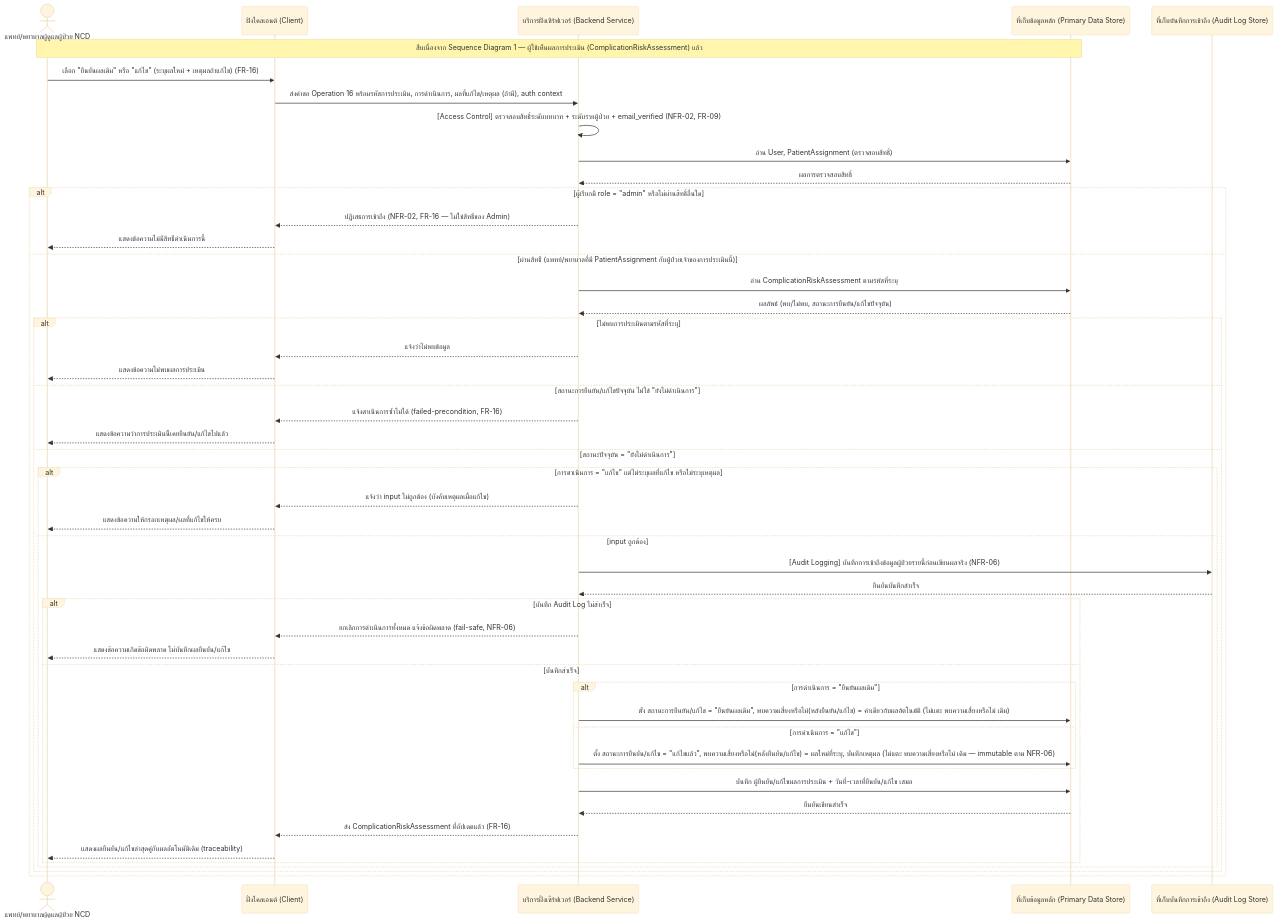
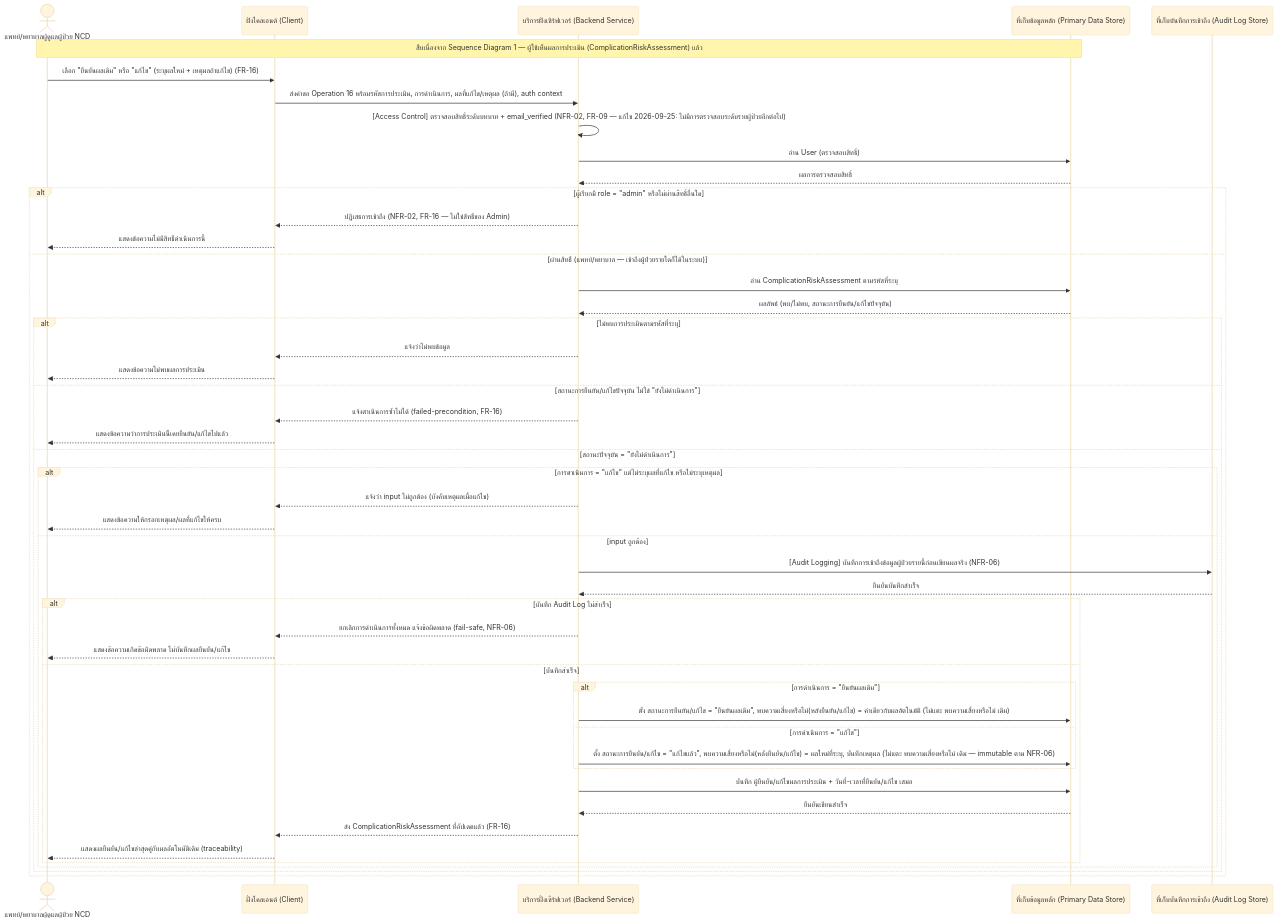
One commit to fadtypat/track-ncds changed the second of 4 diagrams in docs/02-design/02-technical/detailed-design/complication-risk-analysis-alert.md. Above: the diagram before and after it, drawn with Mermaid (base theme). The commit also changed other lines of this file and 19 other files, not shown here.

First line of the commit message:
Sync technical and test docs with FR-17/NFR-21 and the assignment removal

````diff
--- a/docs/02-design/02-technical/detailed-design/complication-risk-analysis-alert.md
+++ b/docs/02-design/02-technical/detailed-design/complication-risk-analysis-alert.md
@@ -140,52 +142,52 @@
 ```mermaid
 sequenceDiagram
     actor User as แพทย์/พยาบาลผู้ดูแลผู้ป่วย NCD
     participant Client as ฝั่งไคลเอนต์ (Client)
     participant Backend as บริการฝั่งเซิร์ฟเวอร์ (Backend Service)
     participant Store as ที่เก็บข้อมูลหลัก (Primary Data Store)
     participant AuditStore as ที่เก็บบันทึกการเข้าถึง (Audit Log Store)
 
     Note over User,Store: สืบเนื่องจาก Sequence Diagram 1 — ผู้ใช้เห็นผลการประเมิน (ComplicationRiskAssessment) แล้ว
 
     User->>Client: เลือก "ยืนยันผลเดิม" หรือ "แก้ไข" (ระบุผลใหม่ + เหตุผลถ้าแก้ไข) (FR-16)
     Client->>Backend: ส่งคำขอ Operation 16 พร้อมรหัสการประเมิน, การดำเนินการ, ผลที่แก้ไข/เหตุผล (ถ้ามี), auth context
-    Backend->>Backend: [Access Control] ตรวจสอบสิทธิ์ระดับบทบาท + ระดับรายผู้ป่วย + email_verified (NFR-02, FR-09)
-    Backend->>Store: อ่าน User, PatientAssignment (ตรวจสอบสิทธิ์)
+    Backend->>Backend: [Access Control] ตรวจสอบสิทธิ์ระดับบทบาท + email_verified (NFR-02, FR-09 — แก้ไข 2026-09-25: ไม่มีการตรวจสอบระดับรายผู้ป่วยอีกต่อไป)
+    Backend->>Store: อ่าน User (ตรวจสอบสิทธิ์)
     Store-->>Backend: ผลการตรวจสอบสิทธิ์
     alt ผู้เรียกมี role = "admin" หรือไม่ผ่านสิทธิ์อื่นใด
         Backend-->>Client: ปฏิเสธการเข้าถึง (NFR-02, FR-16 — ไม่ใช่สิทธิ์ของ Admin)
         Client-->>User: แสดงข้อความไม่มีสิทธิ์ดำเนินการนี้
-    else ผ่านสิทธิ์ (แพทย์/พยาบาลที่มี PatientAssignment กับผู้ป่วยเจ้าของการประเมินนี้)
+    else ผ่านสิทธิ์ (แพทย์/พยาบาล — เข้าถึงผู้ป่วยรายใดก็ได้ในระบบ)
         Backend->>Store: อ่าน ComplicationRiskAssessment ตามรหัสที่ระบุ
         Store-->>Backend: ผลลัพธ์ (พบ/ไม่พบ, สถานะการยืนยัน/แก้ไขปัจจุบัน)
         alt ไม่พบการประเมินตามรหัสที่ระบุ
             Backend-->>Client: แจ้งว่าไม่พบข้อมูล
             Client-->>User: แสดงข้อความไม่พบผลการประเมิน
         else สถานะการยืนยัน/แก้ไขปัจจุบัน ไม่ใช่ "ยังไม่ดำเนินการ"
             Backend-->>Client: แจ้งดำเนินการซ้ำไม่ได้ (failed-precondition, FR-16)
             Client-->>User: แสดงข้อความว่าการประเมินนี้เคยยืนยัน/แก้ไขไปแล้ว
         else สถานะปัจจุบัน = "ยังไม่ดำเนินการ"
             alt การดำเนินการ = "แก้ไข" แต่ไม่ระบุผลที่แก้ไข หรือไม่ระบุเหตุผล
                 Backend-->>Client: แจ้งว่า input ไม่ถูกต้อง (บังคับเหตุผลเมื่อแก้ไข)
                 Client-->>User: แสดงข้อความให้กรอกเหตุผล/ผลที่แก้ไขให้ครบ
             else input ถูกต้อง
                 Backend->>AuditStore: [Audit Logging] บันทึกการเข้าถึงข้อมูลผู้ป่วยรายนี้ก่อนเขียนผลจริง (NFR-06)
                 AuditStore-->>Backend: ยืนยันบันทึกสำเร็จ
                 alt บันทึก Audit Log ไม่สำเร็จ
                     Backend-->>Client: ยกเลิกการดำเนินการทั้งหมด แจ้งข้อผิดพลาด (fail-safe, NFR-06)
                     Client-->>User: แสดงข้อความเกิดข้อผิดพลาด ไม่บันทึกผลยืนยัน/แก้ไข
                 else บันทึกสำเร็จ
                     alt การดำเนินการ = "ยืนยันผลเดิม"
                         Backend->>Store: ตั้ง สถานะการยืนยัน/แก้ไข = "ยืนยันผลเดิม", พบความเสี่ยงหรือไม่(หลังยืนยัน/แก้ไข) = ค่าเดียวกับผลอัตโนมัติ (ไม่แตะ พบความเสี่ยงหรือไม่ เดิม)
                     else การดำเนินการ = "แก้ไข"
                         Backend->>Store: ตั้ง สถานะการยืนยัน/แก้ไข = "แก้ไขแล้ว", พบความเสี่ยงหรือไม่(หลังยืนยัน/แก้ไข) = ผลใหม่ที่ระบุ, บันทึกเหตุผล (ไม่แตะ พบความเสี่ยงหรือไม่ เดิม — immutable ตาม NFR-06)
                     end
                     Backend->>Store: บันทึก ผู้ยืนยัน/แก้ไขผลการประเมิน + วันที่-เวลาที่ยืนยัน/แก้ไข เสมอ
                     Store-->>Backend: ยืนยันเขียนสำเร็จ
                     Backend-->>Client: ส่ง ComplicationRiskAssessment ที่อัปเดตแล้ว (FR-16)
                     Client-->>User: แสดงผลยืนยัน/แก้ไขล่าสุดคู่กับผลอัตโนมัติเดิม (traceability)
                 end
             end
         end
     end
 ```
````
